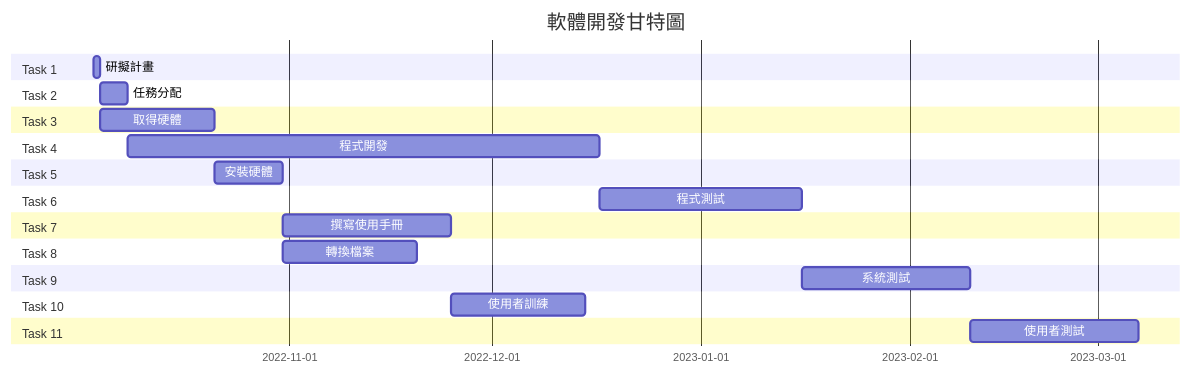
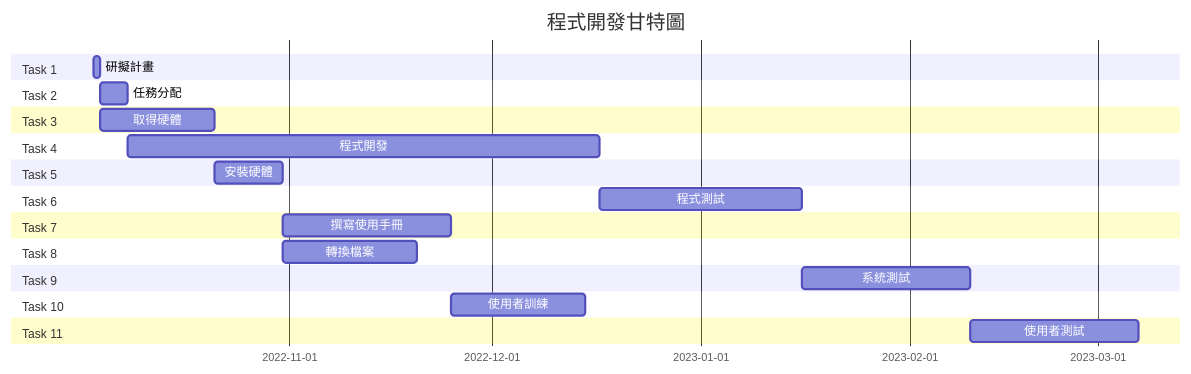
Before and after one commit to Sxiangyu/2022-3a: the diagram in hw2.md, drawn with Mermaid. The commit also changed other lines of this file, not shown here.

````diff
--- a/hw2.md
+++ b/hw2.md
@@ -7,27 +17,27 @@
 ```mermaid
 gantt
-    title 軟體開發甘特圖
+    title 程式開發甘特圖
     
     section Task 1
     研擬計畫:a1, 2022-10-03,1d
     section Task 2
     任務分配:a2, after a1,4d
     section Task 3
     取得硬體:a3, after a1,17d
     section Task 4
     程式開發:a4, after a2,70d
     section Task 5
     安裝硬體:a5, after a3,10d
     section Task 6
     程式測試:a6, after a4,30d
     section Task 7
     撰寫使用手冊:a7, after a5,25d
     section Task 8
     轉換檔案:a8, after a5,20d
     section Task 9
     系統測試:a9, after a6,25d
     section Task 10
     使用者訓練:a10, after a7 a8,20d
     section Task 11
     使用者測試:a11, after a9 a10,25d
 ```
````
